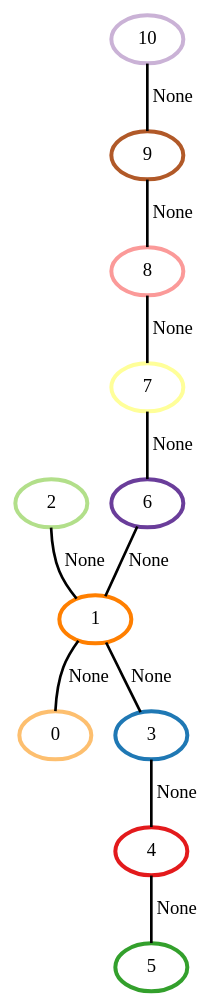
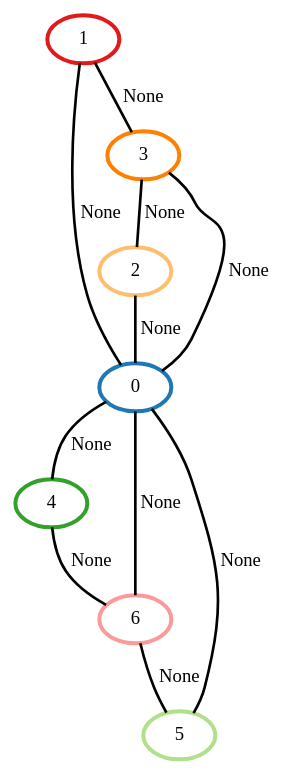
One commit to MichRacz00/graph changed the diagram in output/additional2.dot. Above: the diagram before and after it, drawn with Graphviz. The commit also changed 4 other files, not shown here.

```diff
--- a/output/additional2.dot
+++ b/output/additional2.dot
@@ -1,24 +1,20 @@
 graph G {
-    0 [penwidth=3,label="0",color=7, colorscheme=paired12]
-    1 [penwidth=3,label="1",color=8, colorscheme=paired12]
-    2 [penwidth=3,label="2",color=3, colorscheme=paired12]
-    3 [penwidth=3,label="3",color=2, colorscheme=paired12]
-    4 [penwidth=3,label="4",color=6, colorscheme=paired12]
-    5 [penwidth=3,label="5",color=4, colorscheme=paired12]
-    6 [penwidth=3,label="6",color=10, colorscheme=paired12]
-    7 [penwidth=3,label="7",color=11, colorscheme=paired12]
-    8 [penwidth=3,label="8",color=5, colorscheme=paired12]
-    9 [penwidth=3,label="9",color=12, colorscheme=paired12]
-    10 [penwidth=3,label="10",color=9, colorscheme=paired12]
+    0 [penwidth=3,label="0",color=2, colorscheme=paired12]
+    1 [penwidth=3,label="1",color=6, colorscheme=paired12]
+    2 [penwidth=3,label="2",color=7, colorscheme=paired12]
+    3 [penwidth=3,label="3",color=8, colorscheme=paired12]
+    4 [penwidth=3,label="4",color=4, colorscheme=paired12]
+    5 [penwidth=3,label="5",color=3, colorscheme=paired12]
+    6 [penwidth=3,label="6",color=5, colorscheme=paired12]
 
     1--0 [penwidth=2,label="None"]
-    2--1 [penwidth=2,label="None"]
     1--3 [penwidth=2,label="None"]
-    3--4 [penwidth=2,label="None"]
-    4--5 [penwidth=2,label="None"]
-    6--1 [penwidth=2,label="None"]
-    7--6 [penwidth=2,label="None"]
-    8--7 [penwidth=2,label="None"]
-    9--8 [penwidth=2,label="None"]
-    10--9 [penwidth=2,label="None"]
+    3--0 [penwidth=2,label="None"]
+    3--2 [penwidth=2,label="None"]
+    2--0 [penwidth=2,label="None"]
+    0--4 [penwidth=2,label="None"]
+    0--6 [penwidth=2,label="None"]
+    0--5 [penwidth=2,label="None"]
+    4--6 [penwidth=2,label="None"]
+    6--5 [penwidth=2,label="None"]
 }
```
